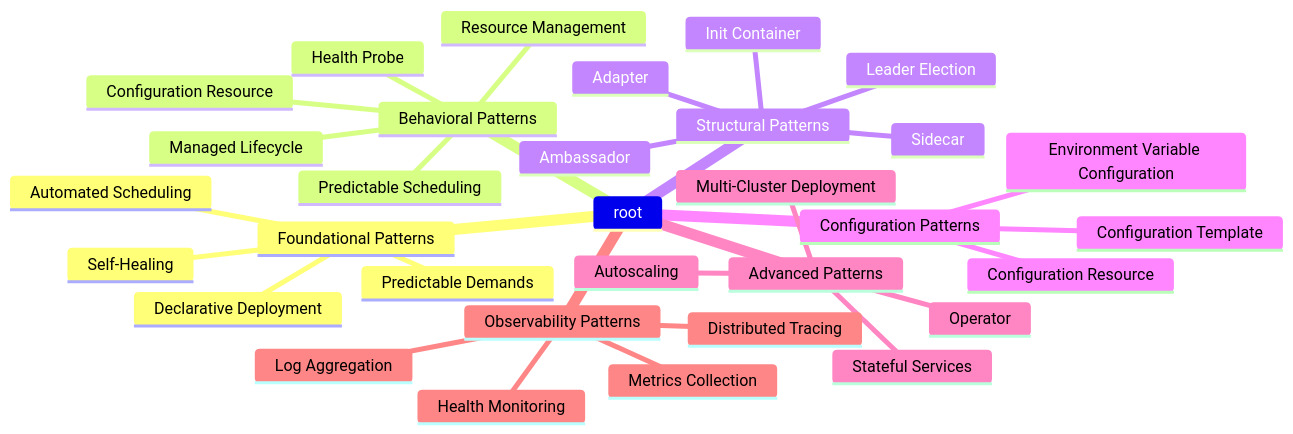
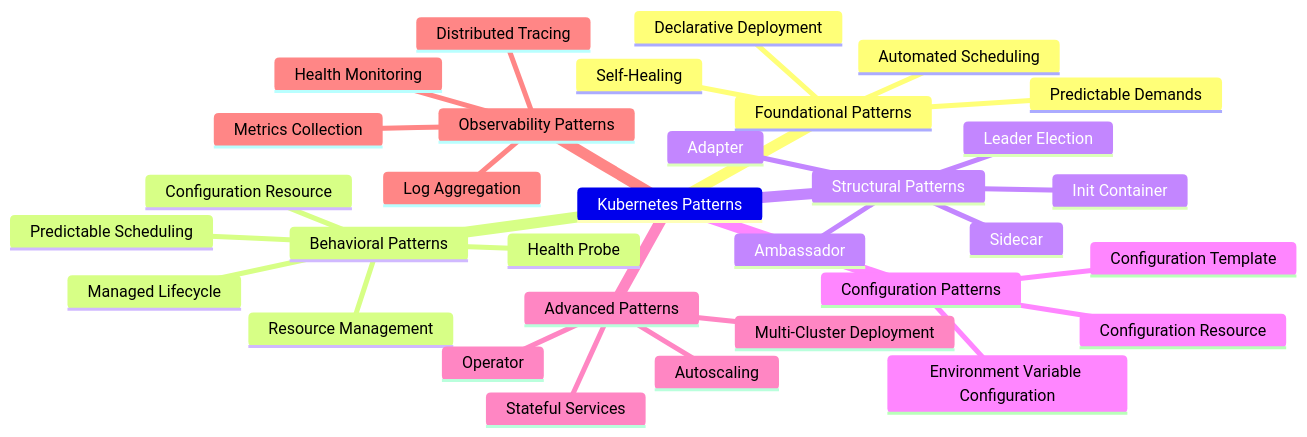
The diagram in devops_k8s_patterns_cheatsheet.md (thinkaboutcode/knowledge-base), drawn with Mermaid before and after one commit.

Commit message:
modified cheatsheet for k8s patterns

````diff
--- a/devops_k8s_patterns_cheatsheet.md
+++ b/devops_k8s_patterns_cheatsheet.md
@@ -5,35 +5,35 @@
 ```mermaid
 mindmap
-  root
+  Kubernetes Patterns
     Foundational Patterns
       Predictable Demands
       Declarative Deployment
       Self-Healing
       Automated Scheduling
     Behavioral Patterns
       Health Probe
       Predictable Scheduling
       Managed Lifecycle
       Configuration Resource
       Resource Management
     Structural Patterns
       Sidecar
       Adapter
       Ambassador
       Init Container
       Leader Election
     Configuration Patterns
       Configuration Resource
       Environment Variable Configuration
       Configuration Template
     Advanced Patterns
       Autoscaling
       Stateful Services
       Operator
       Multi-Cluster Deployment
     Observability Patterns
       Log Aggregation
       Metrics Collection
       Distributed Tracing
       Health Monitoring
 ```
````
